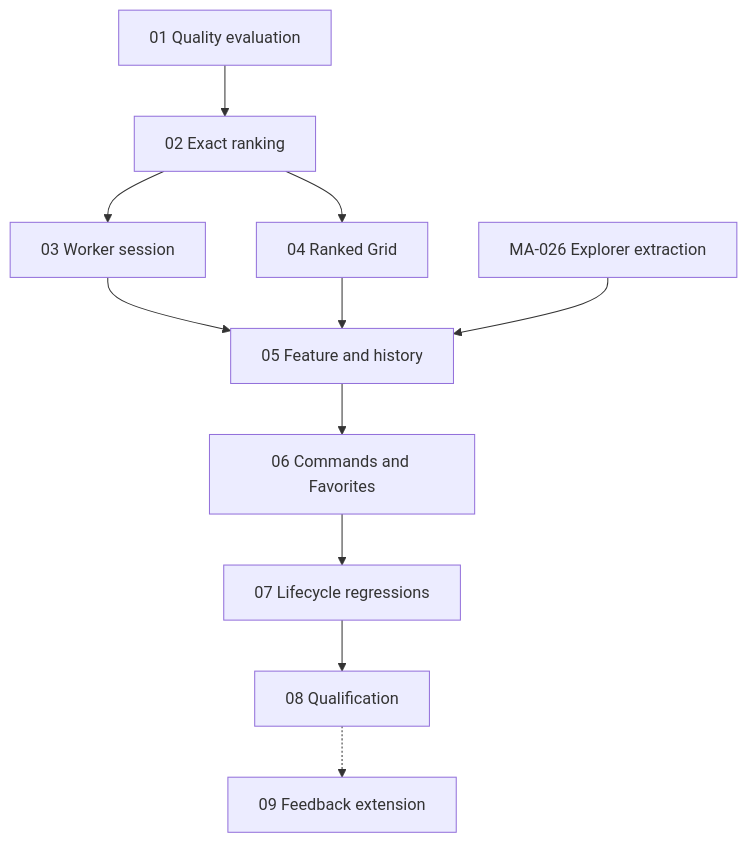
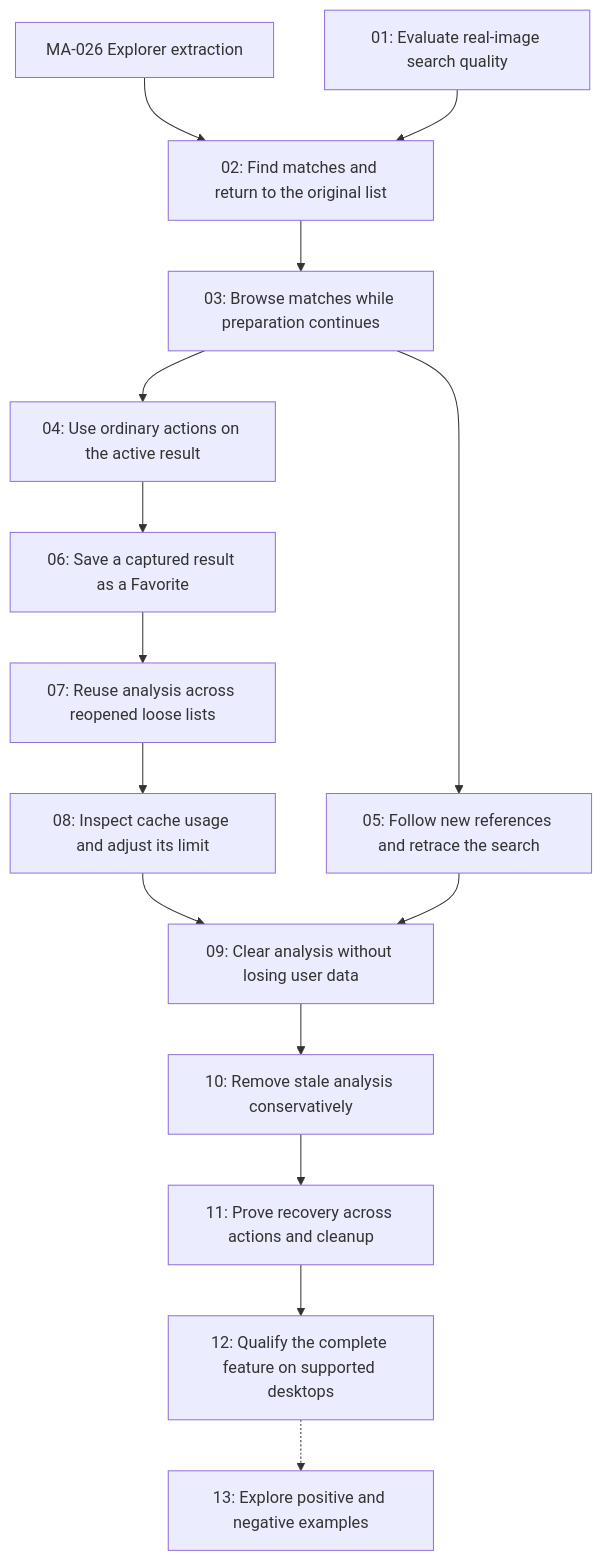
One commit to frathe/picfetch changed the diagram in docs/find-more-like-this/tickets/README.md. Above: the diagram before and after it, drawn with Mermaid. The commit also changed other lines of this file and 77 other files, not shown here.

````diff
--- a/docs/find-more-like-this/tickets/README.md
+++ b/docs/find-more-like-this/tickets/README.md
@@ -24,13 +83,30 @@
 ```mermaid
 flowchart TD
-  A["01 Quality evaluation"] --> B["02 Exact ranking"]
-  B --> C["03 Worker session"]
-  B --> D["04 Ranked Grid"]
-  C --> E["05 Feature and history"]
-  D --> E
-  M["MA-026 Explorer extraction"] --> E
-  E --> F["06 Commands and Favorites"]
-  F --> G["07 Lifecycle regressions"]
-  G --> H["08 Qualification"]
-  H -.-> I["09 Feedback extension"]
+  MA026["MA-026 Explorer extraction"] --> FML002
+  FML001 --> FML002
+  FML002 --> FML003
+  FML003 --> FML004
+  FML003 --> FML005
+  FML004 --> FML006
+  FML006 --> FML010
+  FML010 --> FML011
+  FML011 --> FML012
+  FML005 --> FML012
+  FML012 --> FML013
+  FML013 --> FML007
+  FML007 --> FML008
+  FML008 -.-> FML009
+  FML001["01: Evaluate real-image search quality"]
+  FML002["02: Find matches and return to the original list"]
+  FML003["03: Browse matches while preparation continues"]
+  FML004["04: Use ordinary actions on the active result"]
+  FML005["05: Follow new references and retrace the search"]
+  FML006["06: Save a captured result as a Favorite"]
+  FML010["07: Reuse analysis across reopened loose lists"]
+  FML011["08: Inspect cache usage and adjust its limit"]
+  FML012["09: Clear analysis without losing user data"]
+  FML013["10: Remove stale analysis conservatively"]
+  FML007["11: Prove recovery across actions and cleanup"]
+  FML008["12: Qualify the complete feature on supported desktops"]
+  FML009["13: Explore positive and negative examples"]
 ```
````
